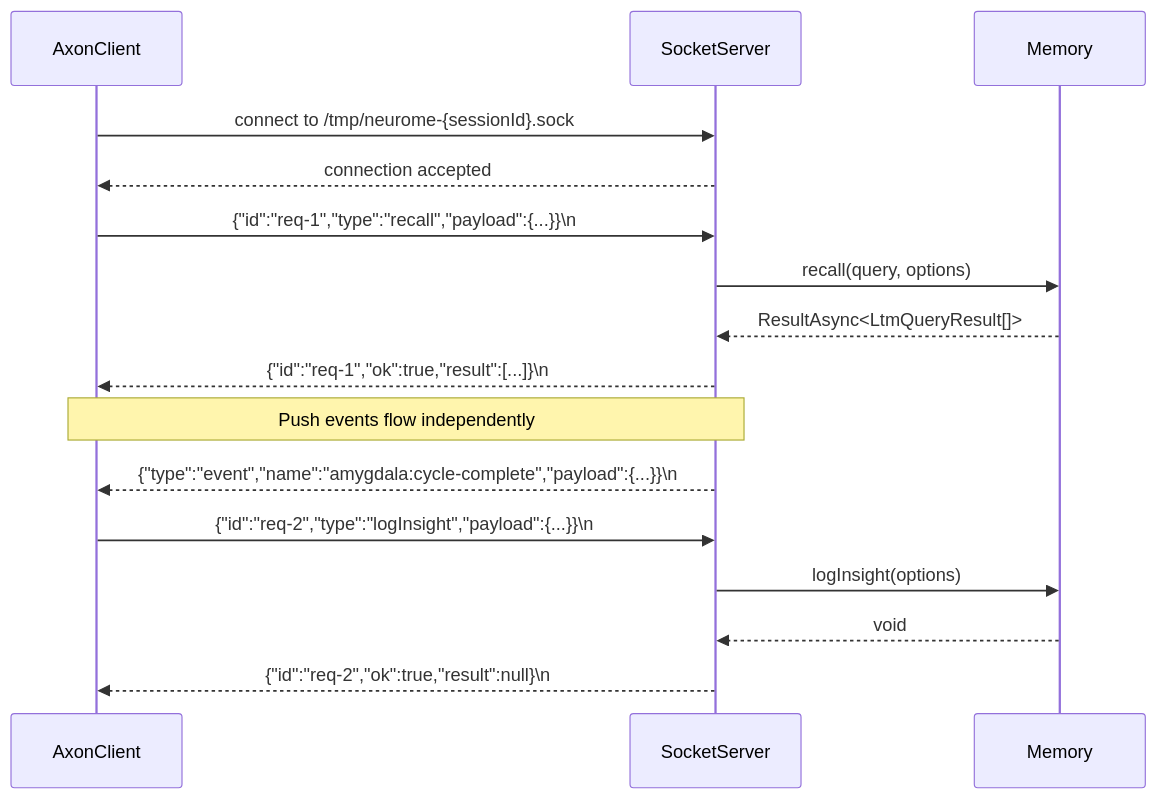
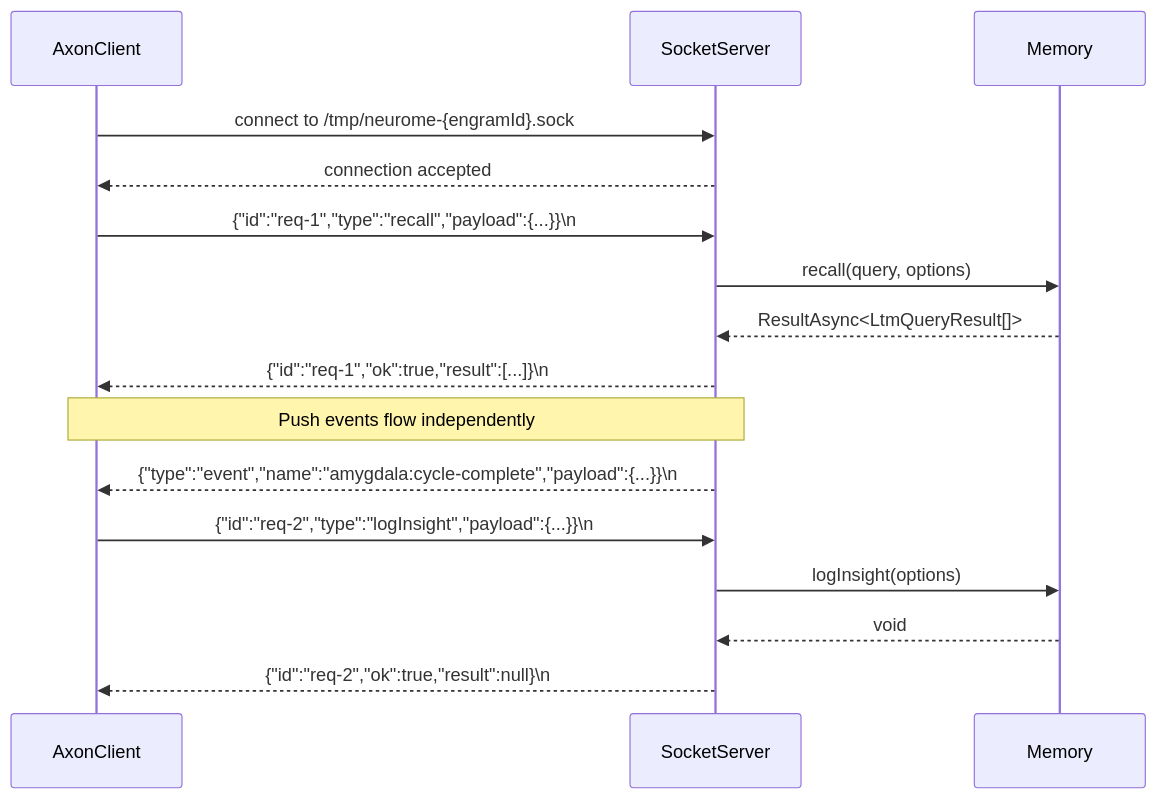
One commit to marcoskichel/memex changed the fourth of 5 diagrams in docs/SPEC.md. Above: the diagram before and after it, drawn with Mermaid. The commit also changed other lines of this file and 12 other files, not shown here.

Commit message:
docs: revert diagrams to ASCII art

````diff
--- a/docs/SPEC.md
+++ b/docs/SPEC.md
@@ -198,23 +198,23 @@
 ```mermaid
 sequenceDiagram
     participant Client as AxonClient
     participant Socket as SocketServer
     participant Memory
 
-    Client->>Socket: connect to /tmp/neurome-{sessionId}.sock
+    Client->>Socket: connect to /tmp/neurome-{engramId}.sock
     Socket-->>Client: connection accepted
 
     Client->>Socket: {"id":"req-1","type":"recall","payload":{...}}\n
     Socket->>Memory: recall(query, options)
     Memory-->>Socket: ResultAsync<LtmQueryResult[]>
     Socket-->>Client: {"id":"req-1","ok":true,"result":[...]}\n
 
     Note over Socket,Client: Push events flow independently
 
     Socket-->>Client: {"type":"event","name":"amygdala:cycle-complete","payload":{...}}\n
 
     Client->>Socket: {"id":"req-2","type":"logInsight","payload":{...}}\n
     Socket->>Memory: logInsight(options)
     Memory-->>Socket: void
     Socket-->>Client: {"id":"req-2","ok":true,"result":null}\n
 ```
````
